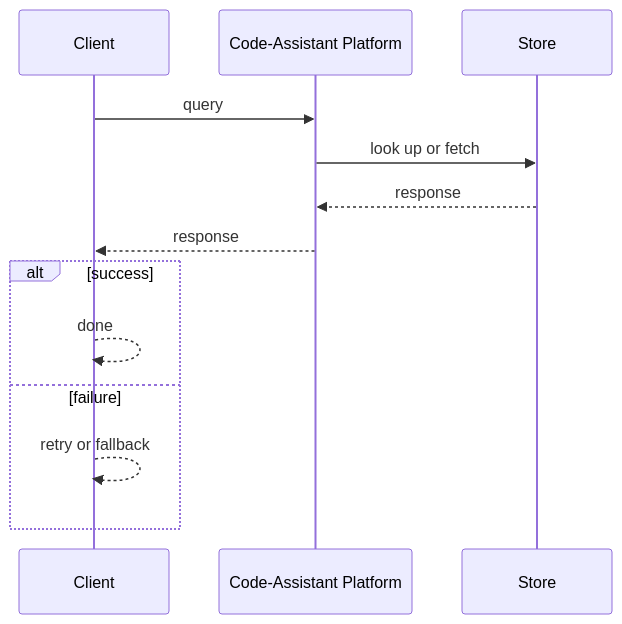
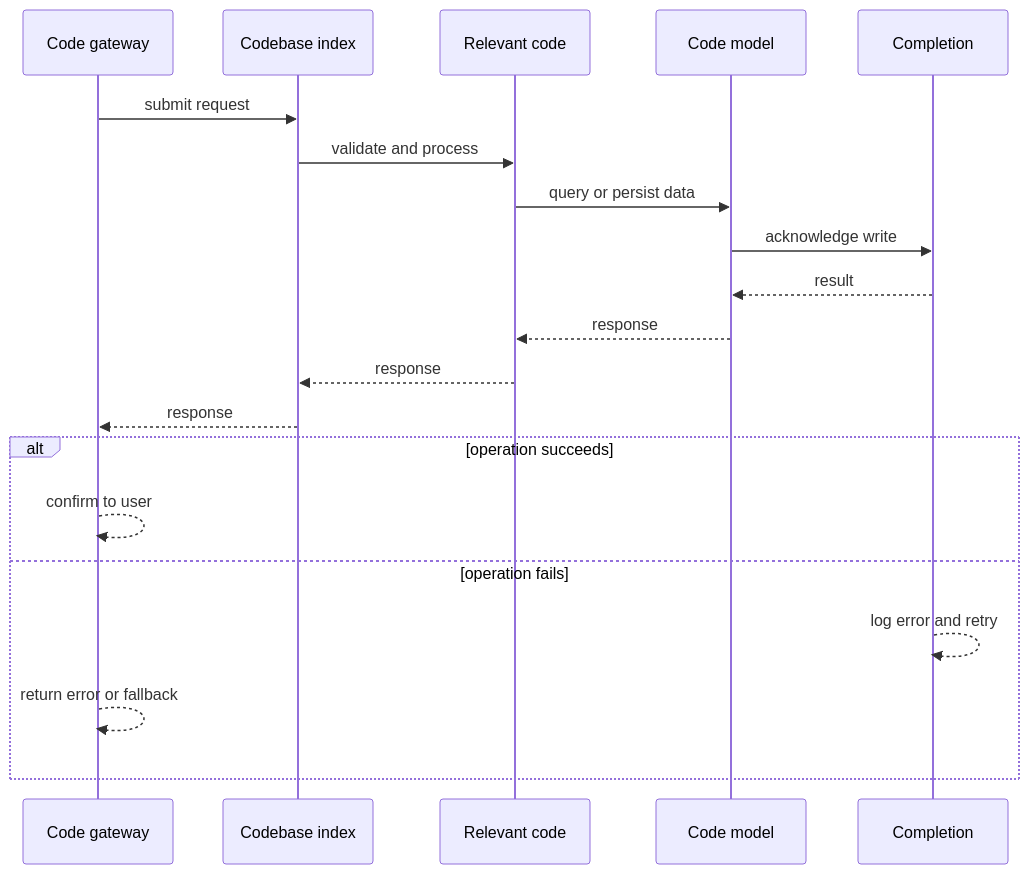
Before and after one commit to RIT-MESH/system-design-mastery: the diagram in diagrams/case-studies/code-assistant-platform/request-sequence.mmd, drawn with Mermaid. The commit also changed 127 other files, not shown here.

First line of the commit message:
Improve all case study diagrams: case-specific sequences, fix truncated labels

```diff
--- a/diagrams/case-studies/code-assistant-platform/request-sequence.mmd
+++ b/diagrams/case-studies/code-assistant-platform/request-sequence.mmd
@@ -1,14 +1,21 @@
 %% created-for: system-design-mastery
 sequenceDiagram
-  participant P0 as Client
-  participant P1 as Code-Assistant Platform
-  participant P2 as Store
-  P0 ->> P1: query
-  P1 ->> P2: look up or fetch
+  participant P0 as Code gateway
+  participant P1 as Codebase index
+  participant P2 as Relevant code
+  participant P3 as Code model
+  participant P4 as Completion
+  P0 ->> P1: submit request
+  P1 ->> P2: validate and process
+  P2 ->> P3: query or persist data
+  P3 ->> P4: acknowledge write
+  P4 -->> P3: result
+  P3 -->> P2: response
   P2 -->> P1: response
   P1 -->> P0: response
-  alt success
-    P0 -->> P0: done
-  else failure
-    P0 -->> P0: retry or fallback
+  alt operation succeeds
+    P0 -->> P0: confirm to user
+  else operation fails
+    P4 -->> P4: log error and retry
+    P0 -->> P0: return error or fallback
   end
```
